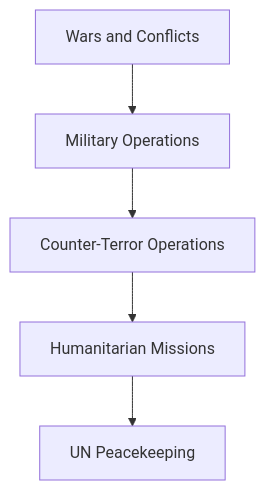
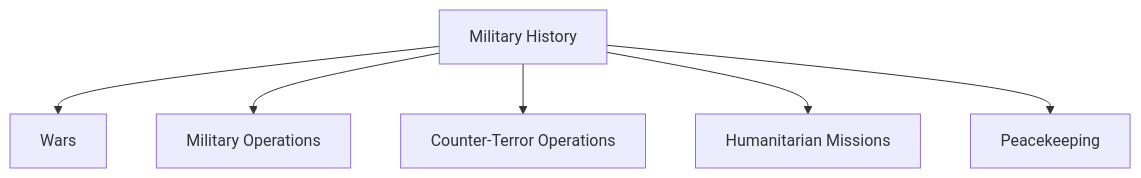
The second of 4 diagrams in 18-defence-and-national-security/military-history/README.md (abhijitxroy/india), drawn with Mermaid before and after one commit. The commit also changed other lines of this file and 26 other files, not shown here.

Commit message:
feat(defence): reorganize military history structure

````diff
--- a/18-defence-and-national-security/military-history/README.md
+++ b/18-defence-and-national-security/military-history/README.md
@@ -60,13 +91,11 @@
 ```mermaid
 flowchart TD
-    Wars[Wars and Conflicts]
-    Operations[Military Operations]
-    CounterTerror[Counter-Terror Operations]
-    Humanitarian[Humanitarian Missions]
-    Peacekeeping[UN Peacekeeping]
 
-    Wars --> Operations
-    Operations --> CounterTerror
-    CounterTerror --> Humanitarian
-    Humanitarian --> Peacekeeping
+A[Military History]
+
+A --> B[Wars]
+A --> C[Military Operations]
+A --> D[Counter-Terror Operations]
+A --> E[Humanitarian Missions]
+A --> F[Peacekeeping]
 ```
````
